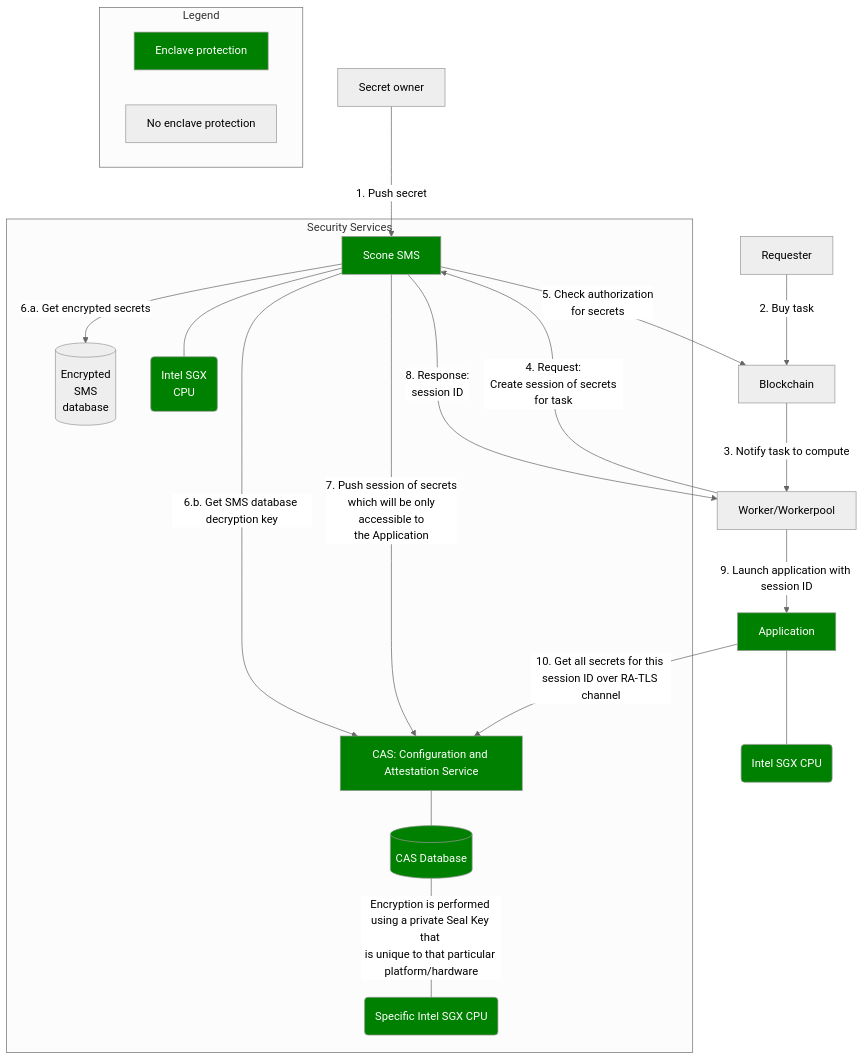
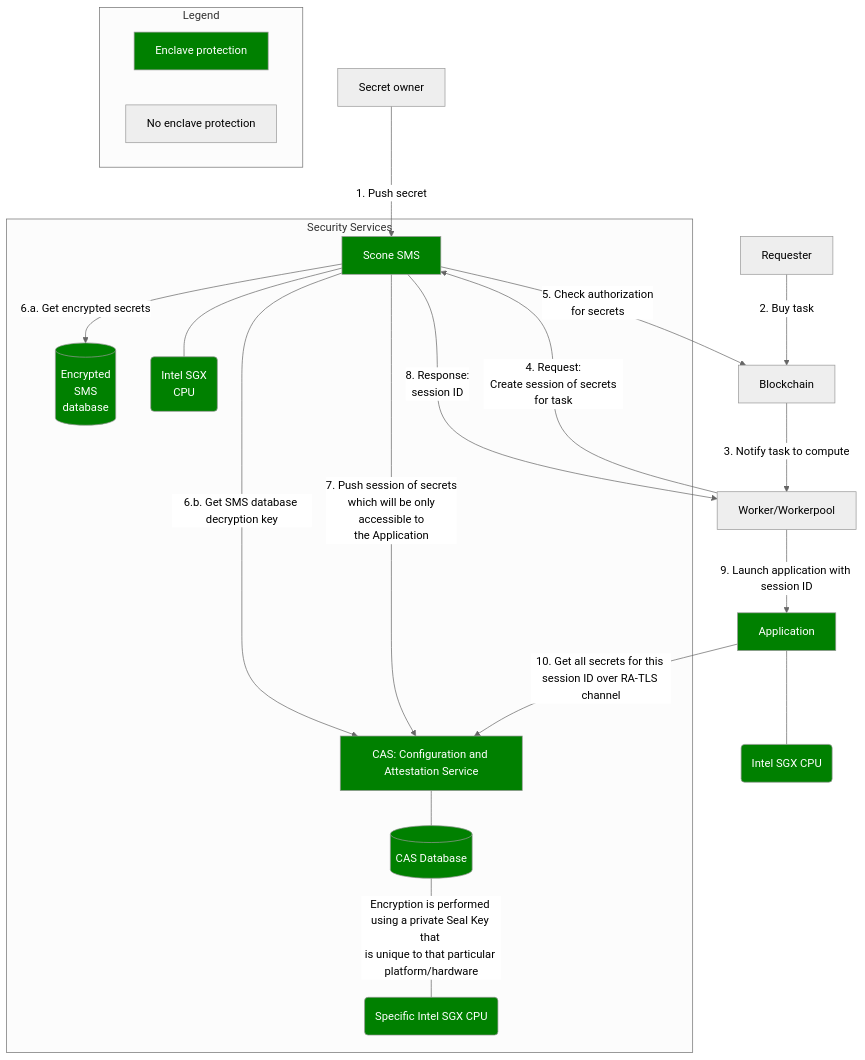
One commit to iExecBlockchainComputing/documentation changed the diagram in for-developers/go-to-production.md. Above: the diagram before and after it, drawn with Mermaid (neutral theme). The commit also changed other lines of this file, not shown here.

````diff
--- a/for-developers/go-to-production.md
+++ b/for-developers/go-to-production.md
@@ -44,41 +43,42 @@
 ```mermaid
 graph TD
     S[Secret owner] -->|1. Push secret| SMS
     Req[Requester] --> |2. Buy task| Chain
     Chain[Blockchain] --> |3. Notify task to compute| Worker[Worker/Workerpool]
     Worker --> |4. Request:<br> Create session of secrets for task| SMS
     SMS --> |5. Check authorization <br>for secrets| Chain
     SMS --> |6.a. Get encrypted secrets| SMSDB
     SMS --> |6.b. Get SMS database decryption key| CAS
     SMS --> |7. Push session of secrets <br>which will be only <br> accessible to <br>the Application| CAS
     SMS --> |8. Response: <br>session ID| Worker
     Worker --> |9. Launch application with session ID| App[Application]
     App --> |10. Get all secrets for this session ID over RA-TLS channel| CAS
     SMS --- SMSCPU
     App --- AppCPU(Intel SGX CPU)
     CAS --- CASDB
     CASDB --- |Encryption is performed using a private Seal Key that <br>is unique to that particular platform/hardware| CASCPU
 
     subgraph "Security Services"
         SMS[Scone SMS]
         SMSDB[(Encrypted <br>SMS<br> database)]
         SMSCPU(Intel SGX <br>CPU)
         CAS[CAS: Configuration and Attestation Service]
         CASDB[(CAS Database)]
         CASCPU(Specific Intel SGX CPU)
     end
 
     subgraph "Legend"
         IN[Enclave protection]
         Out[No enclave protection]
     end
 
     style SMS fill:green,color:white
     style SMSCPU fill:green,color:white
+    style SMSDB fill:green,color:white
     style CAS fill:green,color:white
     style CASDB fill:green,color:white
     style CASCPU fill:green,color:white
     style App fill:green,color:white
     style AppCPU fill:green,color:white
     style IN fill:green,color:white
 ```
````
